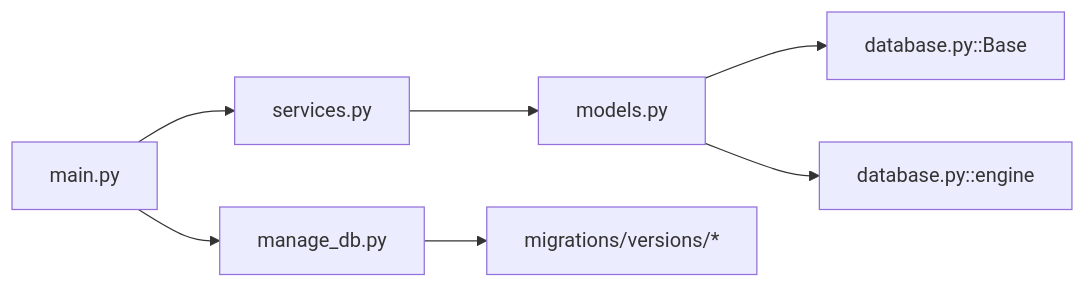
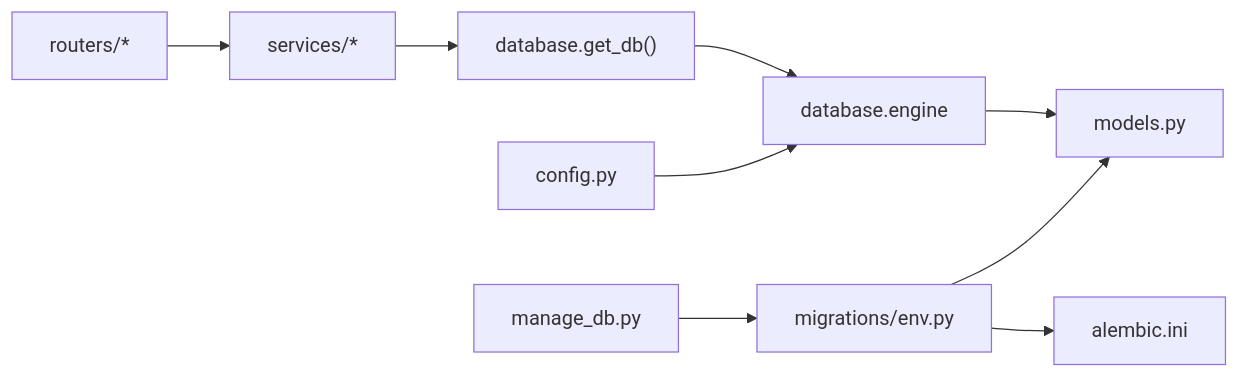
Before and after one commit to KunLabAI/KunFlix: the seventh of 7 diagrams in .qoder/repowiki/zh/content/数据库设计/数据库设计.md, drawn with Mermaid. The commit also changed other lines of this file and 275 other files, not shown here.

````diff
--- a/.qoder/repowiki/zh/content/数据库设计/数据库设计.md
+++ b/.qoder/repowiki/zh/content/数据库设计/数据库设计.md
@@ -397,9 +627,11 @@
 ```mermaid
 graph LR
-Models["models.py"] --> Base["database.py::Base"]
-Models --> Engine["database.py::engine"]
-Services["services.py"] --> Models
-Main["main.py"] --> Services
-Main --> Alembic["manage_db.py"]
-Alembic --> Migrations["migrations/versions/*"]
+Router["routers/*"] --> Service["services/*"]
+Service --> Session["database.get_db()"]
+Session --> Engine["database.engine"]
+Engine --> Models["models.py"]
+Mgr["manage_db.py"] --> Env["migrations/env.py"]
+Env --> Alembic["alembic.ini"]
+Env --> Models
+Config["config.py"] --> Engine
 ```
````
